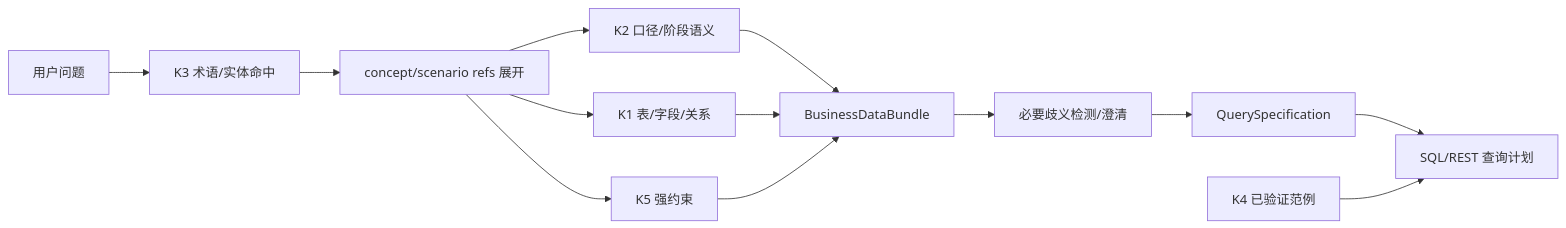
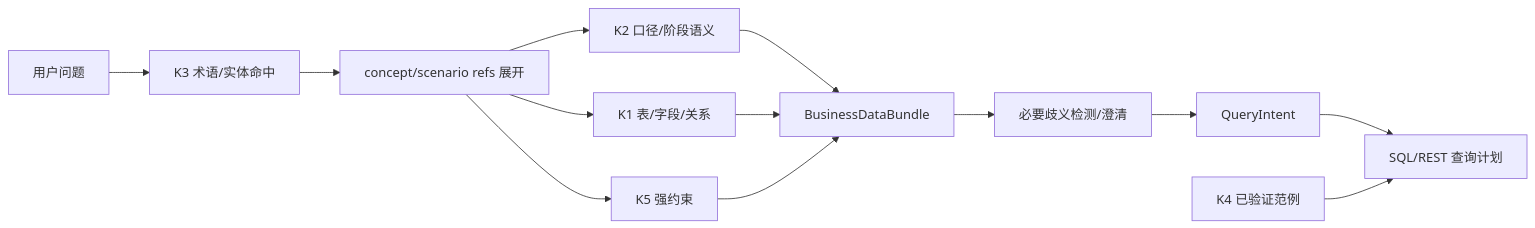
The third of 7 diagrams in docs/业务系统知识库提取与构建指南-v1.md (guoke92/SQLBot), drawn with Mermaid before and after one commit. The commit also changed other lines of this file and 110 other files, not shown here.

````diff
--- a/docs/业务系统知识库提取与构建指南-v1.md
+++ b/docs/业务系统知识库提取与构建指南-v1.md
@@ -207,15 +207,15 @@
 ```mermaid
 flowchart LR
     Q["用户问题"] --> T["K3 术语/实体命中"]
     T --> C["concept/scenario refs 展开"]
     C --> K2["K2 口径/阶段语义"]
     C --> K1["K1 表/字段/关系"]
     C --> K5["K5 强约束"]
     K2 --> B["BusinessDataBundle"]
     K1 --> B
     K5 --> B
     B --> A["必要歧义检测/澄清"]
-    A --> S["QuerySpecification"]
+    A --> S["QueryIntent"]
     S --> P["SQL/REST 查询计划"]
     K4["K4 已验证范例"] --> P
 ```
````
